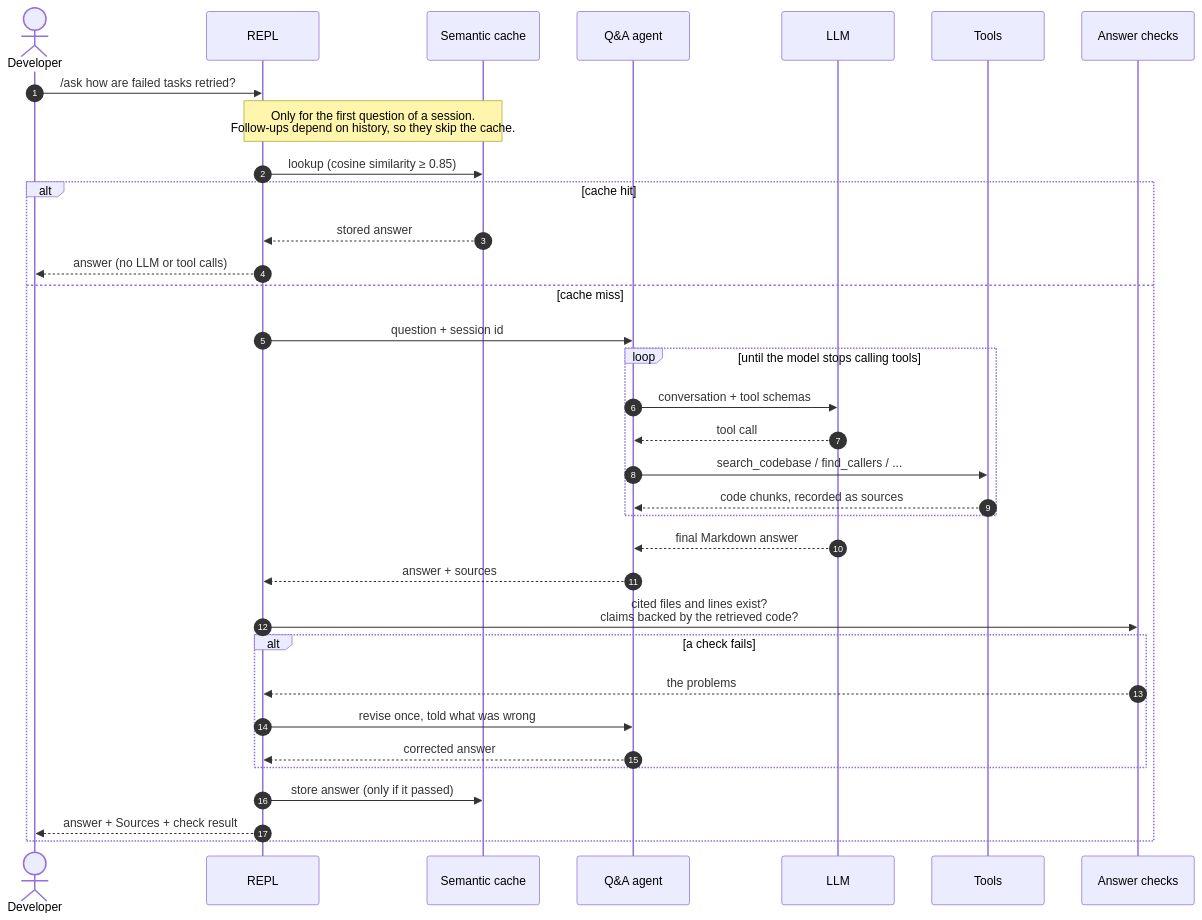
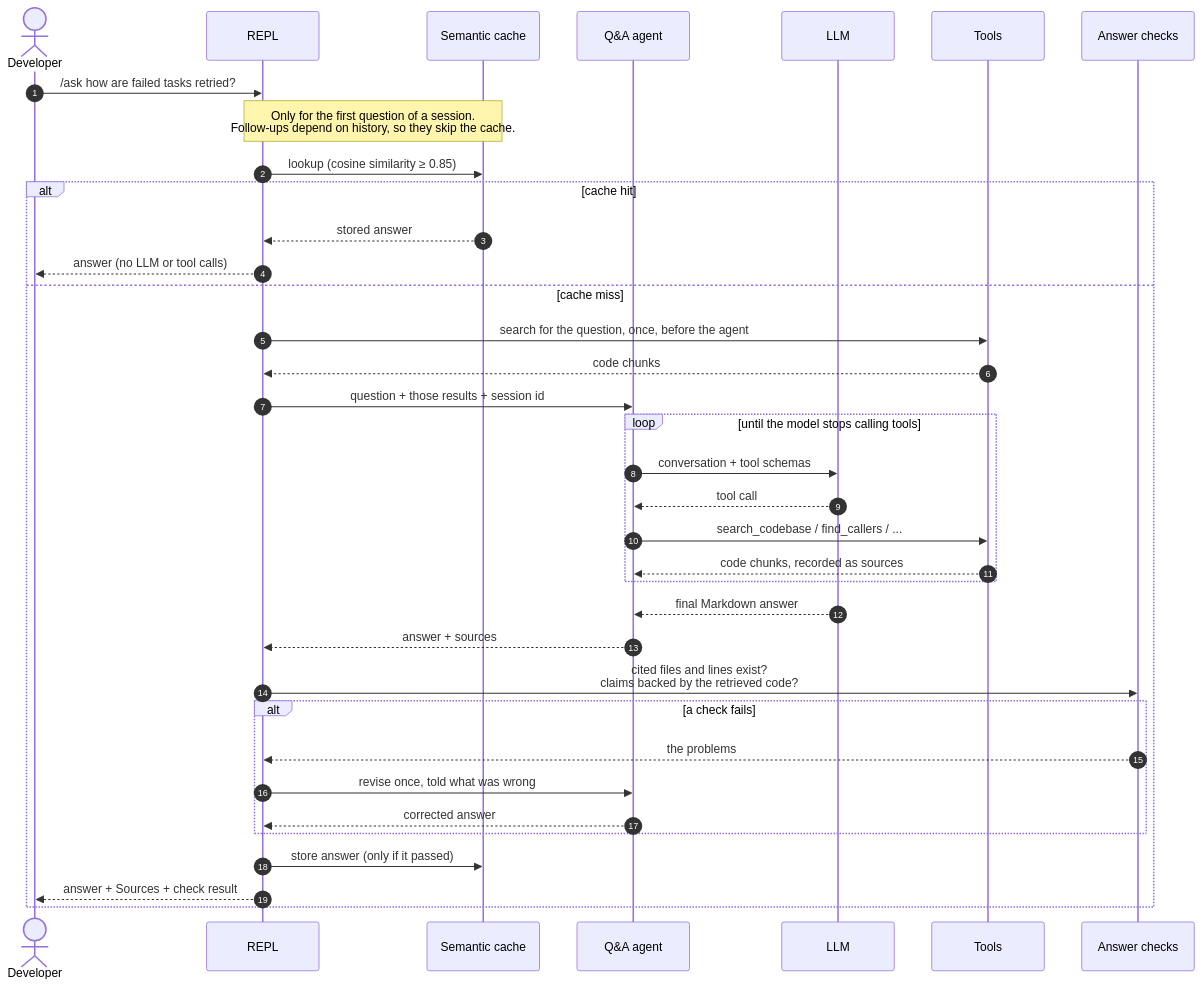
The third of 10 diagrams in README.md (Parth-Babariya/RepoPilot), drawn with Mermaid before and after one commit. The commit also changed other lines of this file and 17 other files, not shown here.

First line of the commit message:
Fewer model calls per answer: index module-level code, initial search, repeat guard

````diff
--- a/README.md
+++ b/README.md
@@ -211,37 +211,39 @@
 ```mermaid
 sequenceDiagram
     autonumber
     actor U as Developer
     participant R as REPL
     participant C as Semantic cache
     participant A as Q&A agent
     participant L as LLM
     participant T as Tools
     participant V as Answer checks
 
     U->>R: /ask how are failed tasks retried?
     Note over R,C: Only for the first question of a session.<br/>Follow-ups depend on history, so they skip the cache.
     R->>C: lookup (cosine similarity ≥ 0.85)
     alt cache hit
         C-->>R: stored answer
         R-->>U: answer (no LLM or tool calls)
     else cache miss
-        R->>A: question + session id
+        R->>T: search for the question, once, before the agent
+        T-->>R: code chunks
+        R->>A: question + those results + session id
         loop until the model stops calling tools
             A->>L: conversation + tool schemas
             L-->>A: tool call
             A->>T: search_codebase / find_callers / ...
             T-->>A: code chunks, recorded as sources
         end
         L-->>A: final Markdown answer
         A-->>R: answer + sources
         R->>V: cited files and lines exist?<br/>claims backed by the retrieved code?
         alt a check fails
             V-->>R: the problems
             R->>A: revise once, told what was wrong
             A-->>R: corrected answer
         end
         R->>C: store answer (only if it passed)
         R-->>U: answer + Sources + check result
     end
 ```
````
